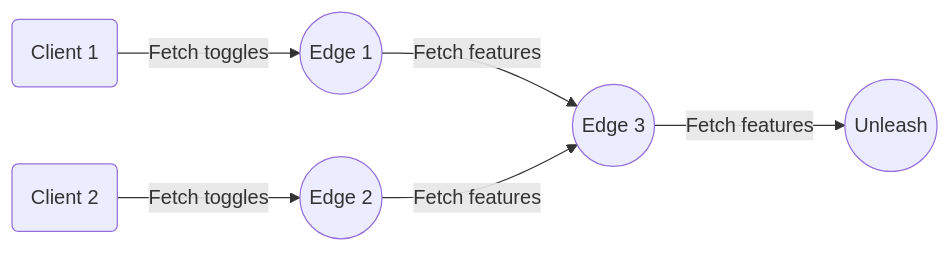
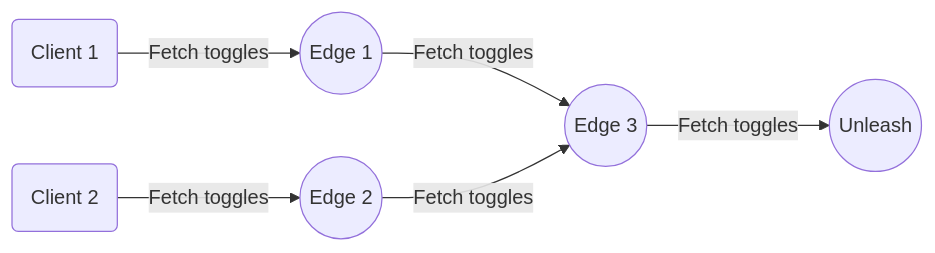
One commit to Unleash/unleash-edge changed the second of 3 diagrams in README.md. Above: the diagram before and after it, drawn with Mermaid.

````diff
--- a/README.md
+++ b/README.md
@@ -50,8 +50,8 @@
 ```mermaid
 graph LR
   A(Client 1) -->|Fetch toggles| C((Edge 1))
   B(Client 2) -->|Fetch toggles| D((Edge 2))
-  C-->|Fetch features| E((Edge 3))
-  D-->|Fetch features| E
-  E-->|Fetch features| F((Unleash))
+  C-->|Fetch toggles| E((Edge 3))
+  D-->|Fetch toggles| E
+  E-->|Fetch toggles| F((Unleash))
 ```
````
